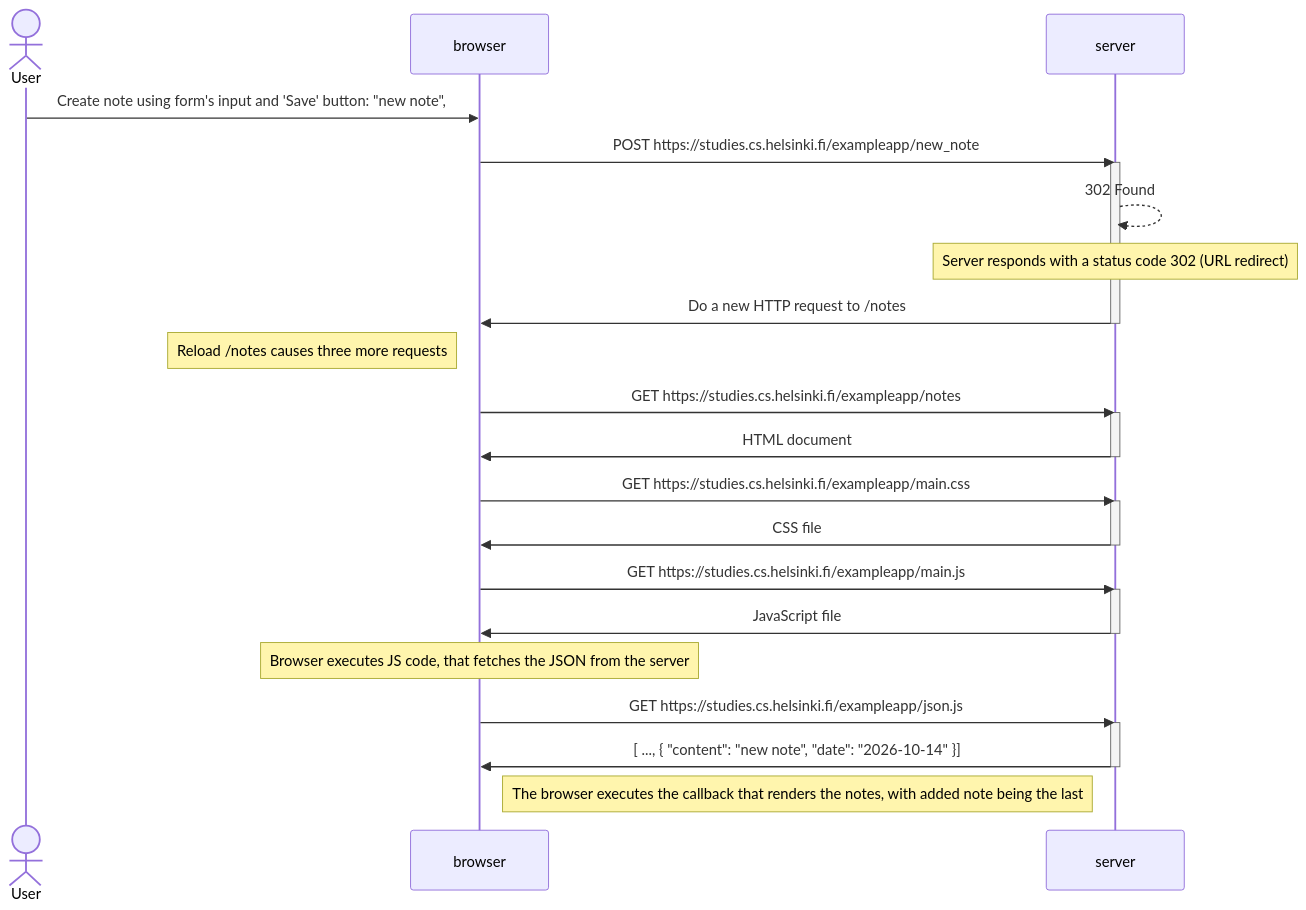
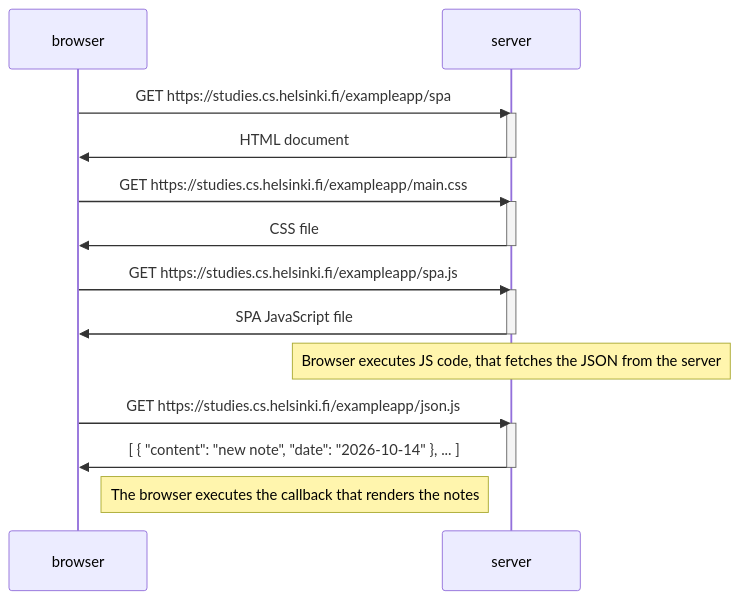
The diagram in part0/05_spa_diagram.md (Anna-Gladush/fullstackopen), drawn with Mermaid before and after one commit.

Commit message:
fix: fixed 05

````diff
--- a/part0/05_spa_diagram.md
+++ b/part0/05_spa_diagram.md
@@ -1,38 +1,28 @@
 ```mermaid
 sequenceDiagram
-    actor User
     participant browser
     participant server
 
-    User->>browser: Create note using form's input and 'Save' button: "new note",
-    browser->>server: POST https://studies.cs.helsinki.fi/exampleapp/new_note
-    activate server
-    server-->>server: 302 Found
-    Note over server: Server responds with a status code 302 (URL redirect)
-    server->>browser: Do a new HTTP request to /notes
-    deactivate server
-
-    Note left of browser: Reload /notes causes three more requests
-    browser->>server: GET https://studies.cs.helsinki.fi/exampleapp/notes
+    browser->>server: GET https://studies.cs.helsinki.fi/exampleapp/spa
     activate server
     server->>browser: HTML document
     deactivate server
 
     browser->>server: GET https://studies.cs.helsinki.fi/exampleapp/main.css
     activate server
     server->>browser: CSS file
     deactivate server
 
-    browser->>server: GET https://studies.cs.helsinki.fi/exampleapp/main.js
+    browser->>server: GET https://studies.cs.helsinki.fi/exampleapp/spa.js
     activate server
-    server->>browser: JavaScript file
+    server->>browser: SPA JavaScript file
     deactivate server
-      Note over browser: Browser executes JS code, that fetches the JSON from the server
+    Note over server: Browser executes JS code, that fetches the JSON from the server
 
     browser->>server: GET https://studies.cs.helsinki.fi/exampleapp/json.js
     activate server
-    server->>browser: [ ..., { "content": "new note", "date": "2026-10-14" }]
+    server->>browser: [ { "content": "new note", "date": "2026-10-14" }, ... ]
     deactivate server
 
-    Note right of browser: The browser executes the callback that renders the notes, with added note being the last
+    Note right of browser: The browser executes the callback that renders the notes
 ```
````
